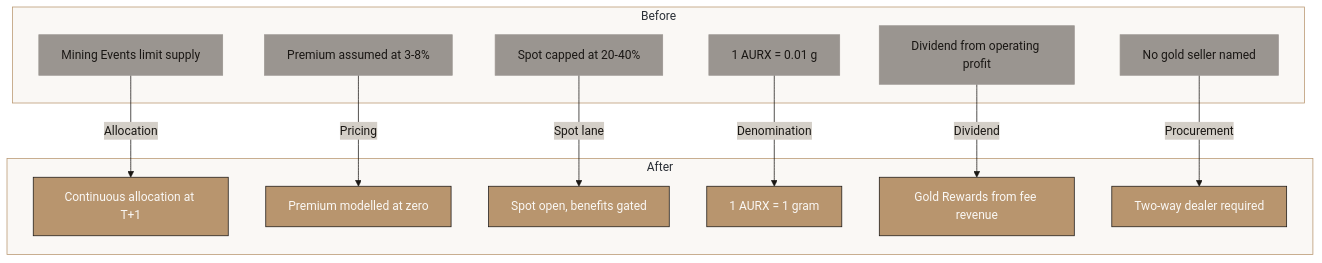
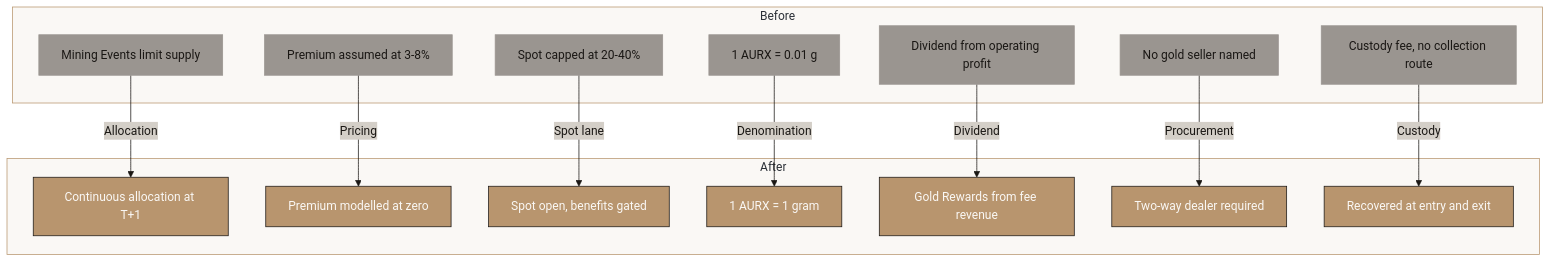
One commit to Abdsys/Aurumix changed diagram 14 of 14 in deliverables/2-mechanism-design/Aurumix_Process_Maps.md. Above: the diagram before and after it, drawn with Mermaid. The commit also changed other lines of this file and 1 other file, not shown here.

First line of the commit message:
Settle custody fee recovery: charge it at the door, not on the stock

````diff
--- a/deliverables/2-mechanism-design/Aurumix_Process_Maps.md
+++ b/deliverables/2-mechanism-design/Aurumix_Process_Maps.md
@@ -486,52 +490,57 @@
 ```mermaid
 %%{init: {'theme': 'base', 'themeVariables': {
     'primaryColor': '#B8956E',
     'primaryTextColor': '#1A1714',
     'primaryBorderColor': '#1A1714',
     'lineColor': '#1A1714',
     'secondaryColor': '#FAF8F5',
     'tertiaryColor': '#D4CFC8',
     'fontFamily': 'Libre Franklin, sans-serif',
     'edgeLabelBackground': '#D4CFC8',
     'clusterBkg': '#FAF8F5',
     'clusterBorder': '#B8956E'
 }}}%%
 graph TD
     subgraph Before["Before"]
         A1["Mining Events limit supply"]
         A2["Premium assumed at 3-8%"]
         A3["Spot capped at 20-40%"]
         A4["1 AURX = 0.01 g"]
         A5["Dividend from operating profit"]
         A6["No gold seller named"]
+        A7["Custody fee, no collection route"]
     end
 
     subgraph After["After"]
         B1["Continuous allocation at T+1"]
         B2["Premium modelled at zero"]
         B3["Spot open, benefits gated"]
         B4["1 AURX = 1 gram"]
         B5["Gold Rewards from fee revenue"]
         B6["Two-way dealer required"]
+        B7["Recovered at entry and exit"]
     end
 
     A1 -->|"Allocation"| B1
     A2 -->|"Pricing"| B2
     A3 -->|"Spot lane"| B3
     A4 -->|"Denomination"| B4
     A5 -->|"Dividend"| B5
     A6 -->|"Procurement"| B6
+    A7 -->|"Custody"| B7
 
     style A1 fill:#9A9590,stroke:#9A9590,color:#1A1714
     style A2 fill:#9A9590,stroke:#9A9590,color:#1A1714
     style A3 fill:#9A9590,stroke:#9A9590,color:#1A1714
     style A4 fill:#9A9590,stroke:#9A9590,color:#1A1714
     style A5 fill:#9A9590,stroke:#9A9590,color:#1A1714
     style A6 fill:#9A9590,stroke:#9A9590,color:#1A1714
+    style A7 fill:#9A9590,stroke:#9A9590,color:#1A1714
     style B1 fill:#B8956E,stroke:#1A1714,color:#FAF8F5
     style B2 fill:#B8956E,stroke:#1A1714,color:#FAF8F5
     style B3 fill:#B8956E,stroke:#1A1714,color:#FAF8F5
     style B4 fill:#B8956E,stroke:#1A1714,color:#FAF8F5
     style B5 fill:#B8956E,stroke:#1A1714,color:#FAF8F5
     style B6 fill:#B8956E,stroke:#1A1714,color:#FAF8F5
+    style B7 fill:#B8956E,stroke:#1A1714,color:#FAF8F5
 ```
````
